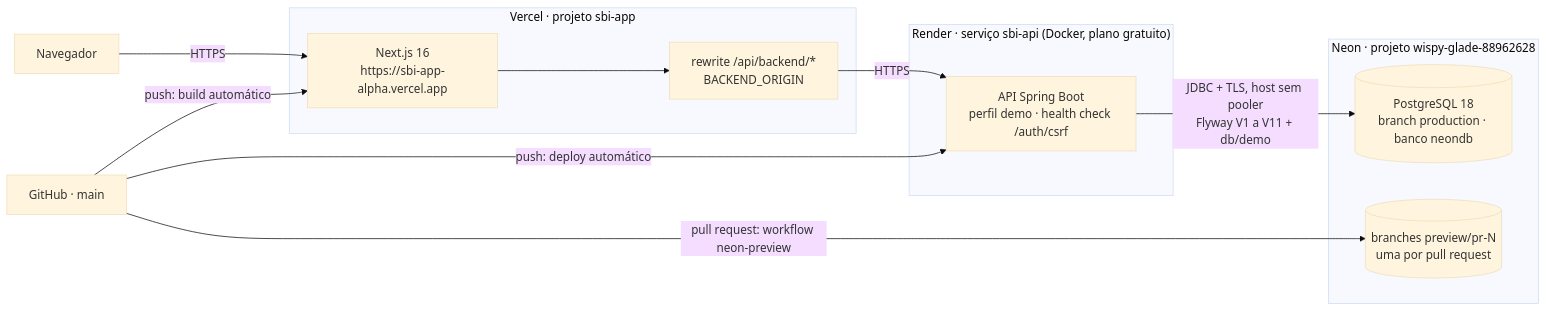
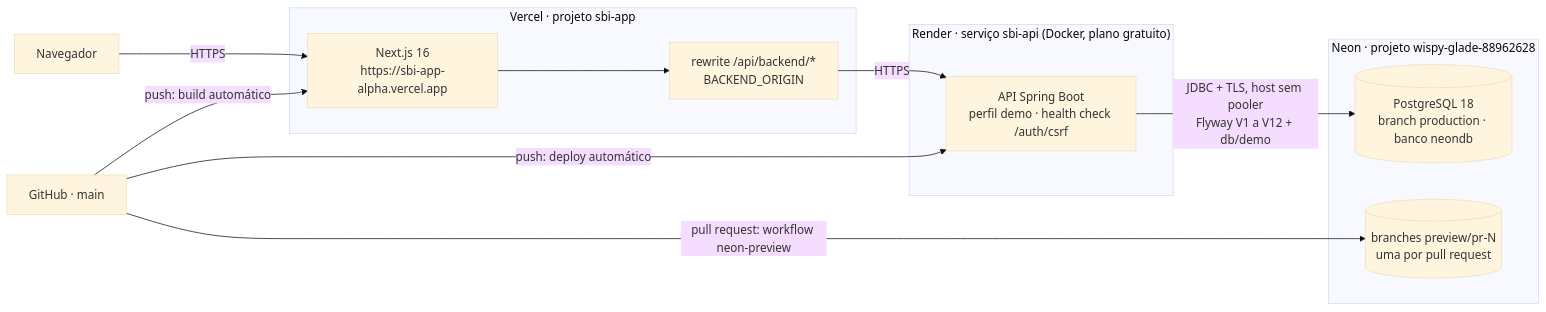
Before and after one commit to matheussiqueira-dev/SBI--Super-Business-Intelligence: the third of 3 diagrams in docs/arquitetura.md, drawn with Mermaid (base theme). The commit also changed other lines of this file and 16 other files, not shown here.

````diff
--- a/docs/arquitetura.md
+++ b/docs/arquitetura.md
@@ -135,21 +135,21 @@
 ```mermaid
 flowchart LR
   B["Navegador"] -->|"HTTPS"| V
   subgraph "Vercel · projeto sbi-app"
     V["Next.js 16<br/>https://sbi-app-alpha.vercel.app"]
     RW["rewrite /api/backend/*<br/>BACKEND_ORIGIN"]
     V --> RW
   end
   subgraph "Render · serviço sbi-api (Docker, plano gratuito)"
     A["API Spring Boot<br/>perfil demo · health check /auth/csrf"]
   end
   subgraph "Neon · projeto wispy-glade-88962628"
     D[("PostgreSQL 18<br/>branch production · banco neondb")]
     P[("branches preview/pr-N<br/>uma por pull request")]
   end
   RW -->|"HTTPS"| A
-  A -->|"JDBC + TLS, host sem pooler<br/>Flyway V1 a V11 + db/demo"| D
+  A -->|"JDBC + TLS, host sem pooler<br/>Flyway V1 a V12 + db/demo"| D
   G["GitHub · main"] -->|"push: deploy automático"| A
   G -->|"push: build automático"| V
   G -->|"pull request: workflow neon-preview"| P
 ```
````
